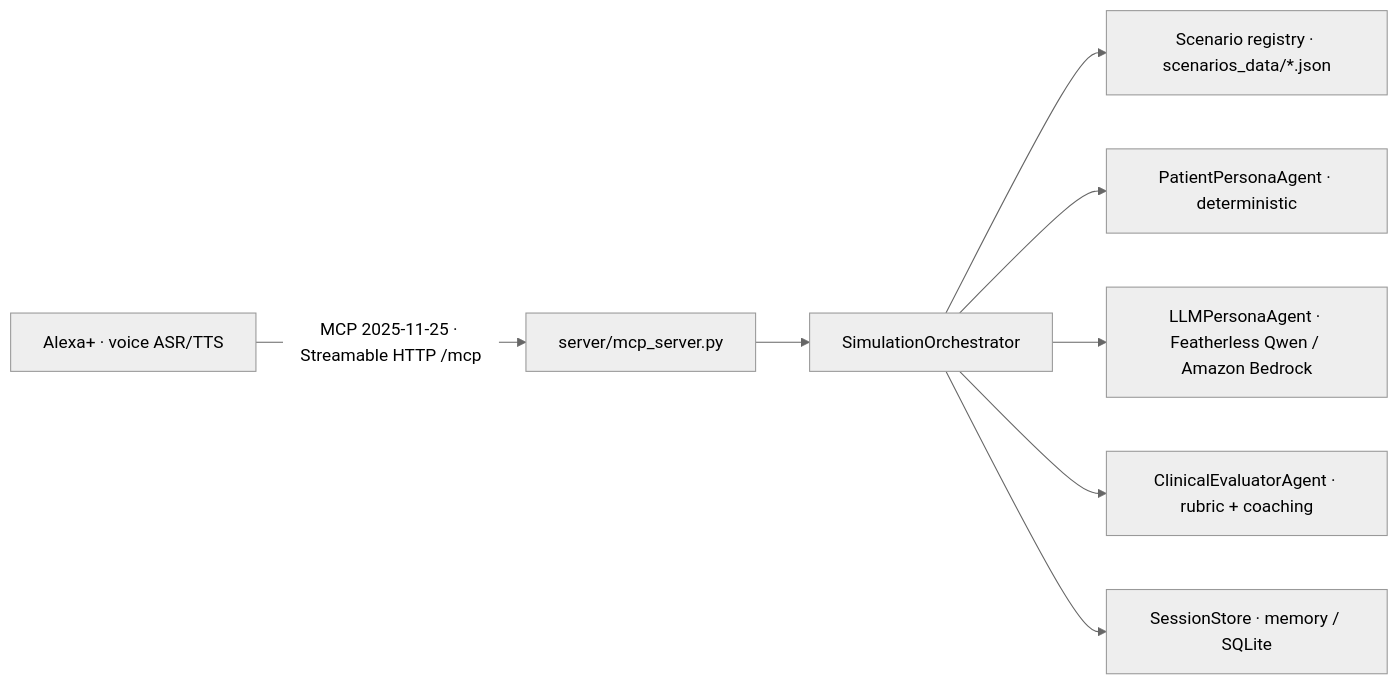
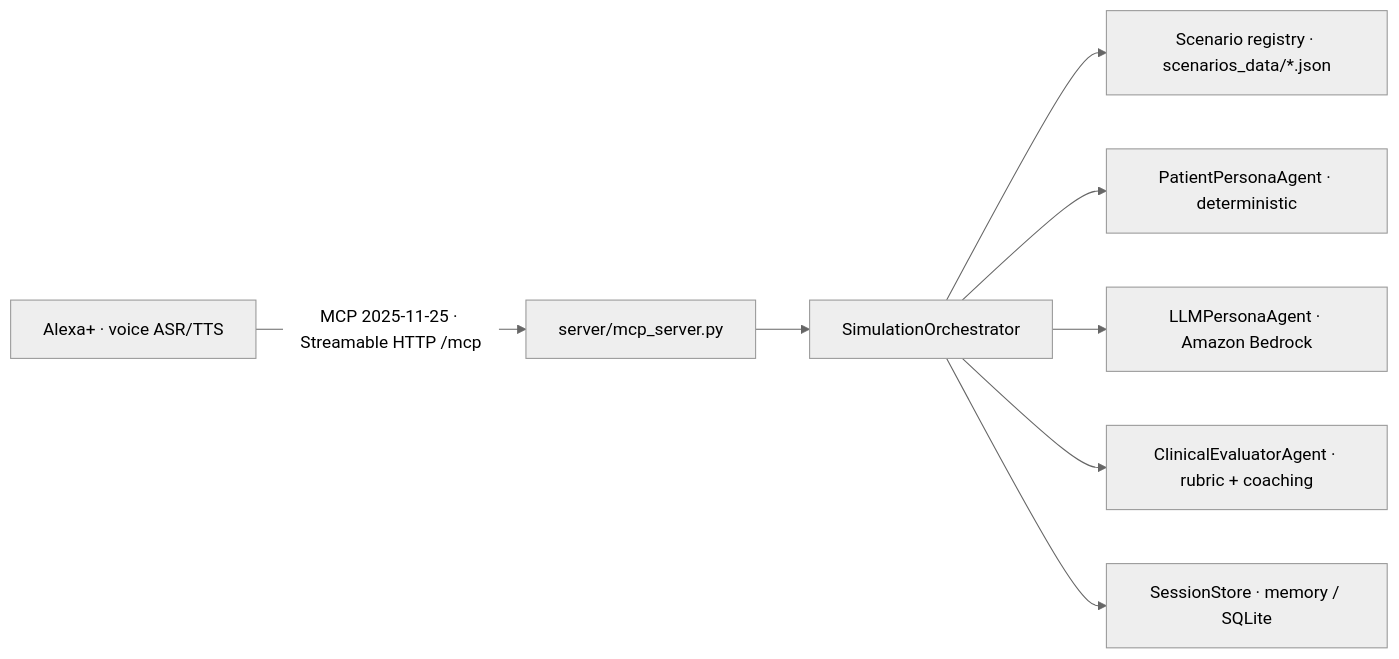
The diagram in README.md (daggerstuff/alexa-submit), drawn with Mermaid (neutral theme) before and after one commit. The commit also changed other lines of this file and 18 other files, not shown here.

First line of the commit message:
Remove Featherless backend; LLM persona is Bedrock-only

````diff
--- a/README.md
+++ b/README.md
@@ -25,10 +25,10 @@
 ```mermaid
 flowchart LR
     A["Alexa+ · voice ASR/TTS"] -->|"MCP 2025-11-25 · Streamable HTTP /mcp"| M["server/mcp_server.py"]
     M --> O["SimulationOrchestrator"]
     O --> S["Scenario registry · scenarios_data/*.json"]
     O --> P["PatientPersonaAgent · deterministic"]
-    O --> L["LLMPersonaAgent · Featherless Qwen / Amazon Bedrock"]
+    O --> L["LLMPersonaAgent · Amazon Bedrock"]
     O --> E["ClinicalEvaluatorAgent · rubric + coaching"]
     O --> D["SessionStore · memory / SQLite"]
 ```
````
